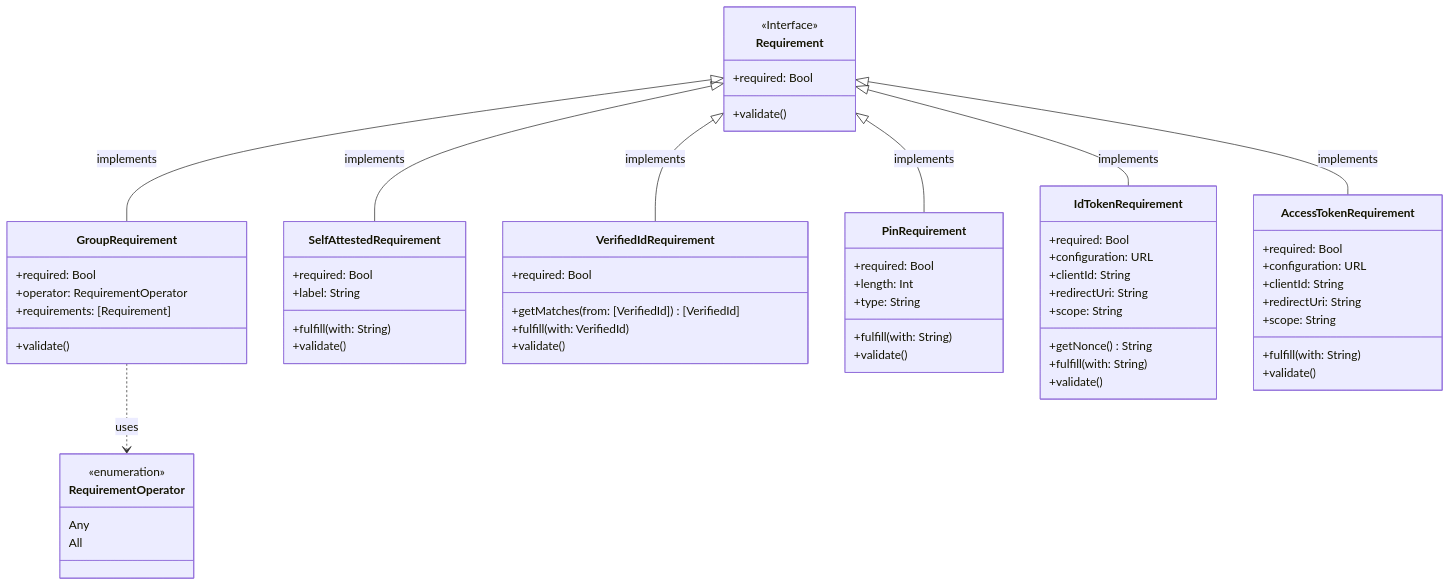
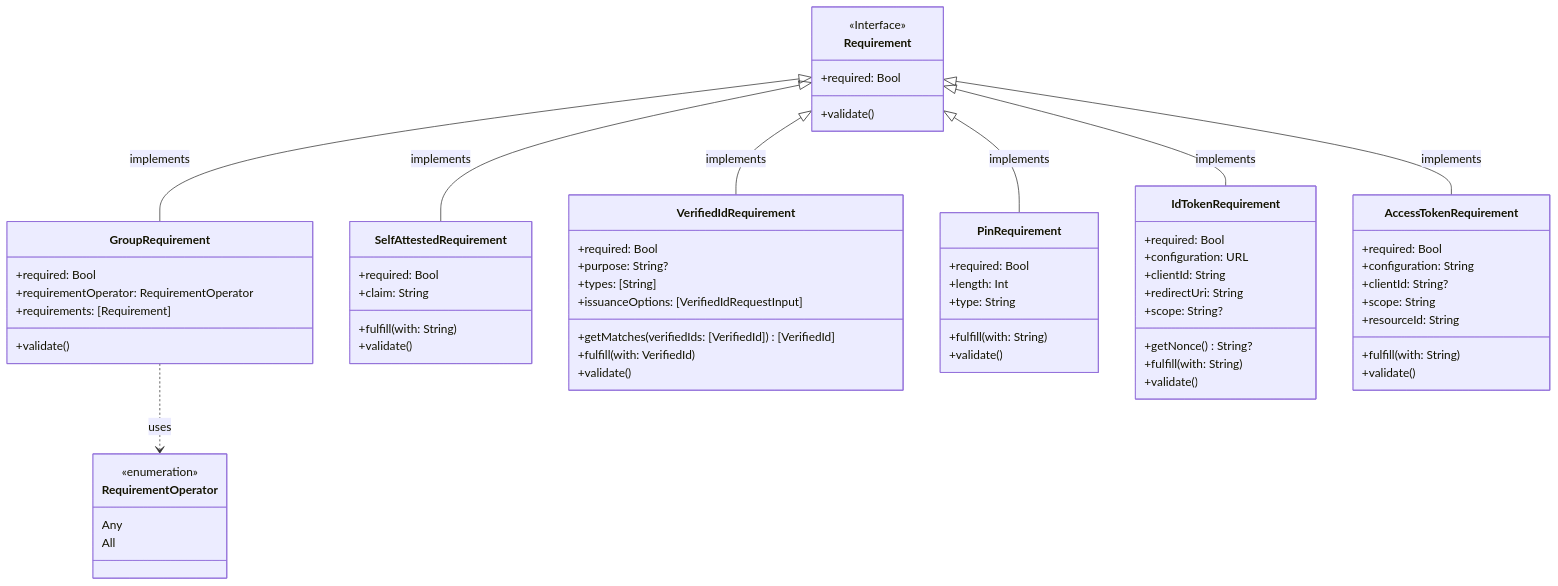
One commit to microsoft/entra-verifiedid-wallet-library-ios changed the second of 3 diagrams in Docs/LibraryArchitecture.md. Above: the diagram before and after it, drawn with Mermaid. The commit also changed other lines of this file, not shown here.

````diff
--- a/Docs/LibraryArchitecture.md
+++ b/Docs/LibraryArchitecture.md
@@ -65,64 +84,67 @@
 ```mermaid
 classDiagram
 GroupRequirement ..> RequirementOperator: uses
 Requirement <|-- GroupRequirement: implements
 Requirement <|-- SelfAttestedRequirement: implements
 Requirement <|-- VerifiedIdRequirement: implements
 Requirement <|-- PinRequirement: implements
 Requirement <|-- IdTokenRequirement: implements
 Requirement <|-- AccessTokenRequirement: implements
 <<Interface>> Requirement
 class Requirement {
     +required: Bool
     +validate()
 }
 class GroupRequirement {
     +required: Bool
-    +operator: RequirementOperator
+    +requirementOperator: RequirementOperator
     +requirements: [Requirement]
     +validate()
 }
 <<enumeration>> RequirementOperator
 class RequirementOperator {
     Any
     All 
 }
 class SelfAttestedRequirement {
     +required: Bool
-    +label: String
+    +claim: String
     +fulfill(with: String)
     +validate()
 }
 class VerifiedIdRequirement {
     +required: Bool
-    +getMatches(from: [VerifiedId]) [VerifiedId]
+    +purpose: String?
+    +types: [String]
+    +issuanceOptions: [VerifiedIdRequestInput]
+    +getMatches(verifiedIds: [VerifiedId]) [VerifiedId]
     +fulfill(with: VerifiedId)
     +validate()
 }
 class PinRequirement {
     +required: Bool
     +length: Int
     +type: String
     +fulfill(with: String)
     +validate()
 }
 class IdTokenRequirement {
     +required: Bool
     +configuration: URL
     +clientId: String
     +redirectUri: String
-    +scope: String
-    +getNonce() String
+    +scope: String?
+    +getNonce() String?
     +fulfill(with: String)
     +validate()
 }
 class AccessTokenRequirement {
     +required: Bool
-    +configuration: URL
-    +clientId: String
-    +redirectUri: String
+    +configuration: String
+    +clientId: String?
     +scope: String
+    +resourceId: String
     +fulfill(with: String)
     +validate()
 }
 ```
````
